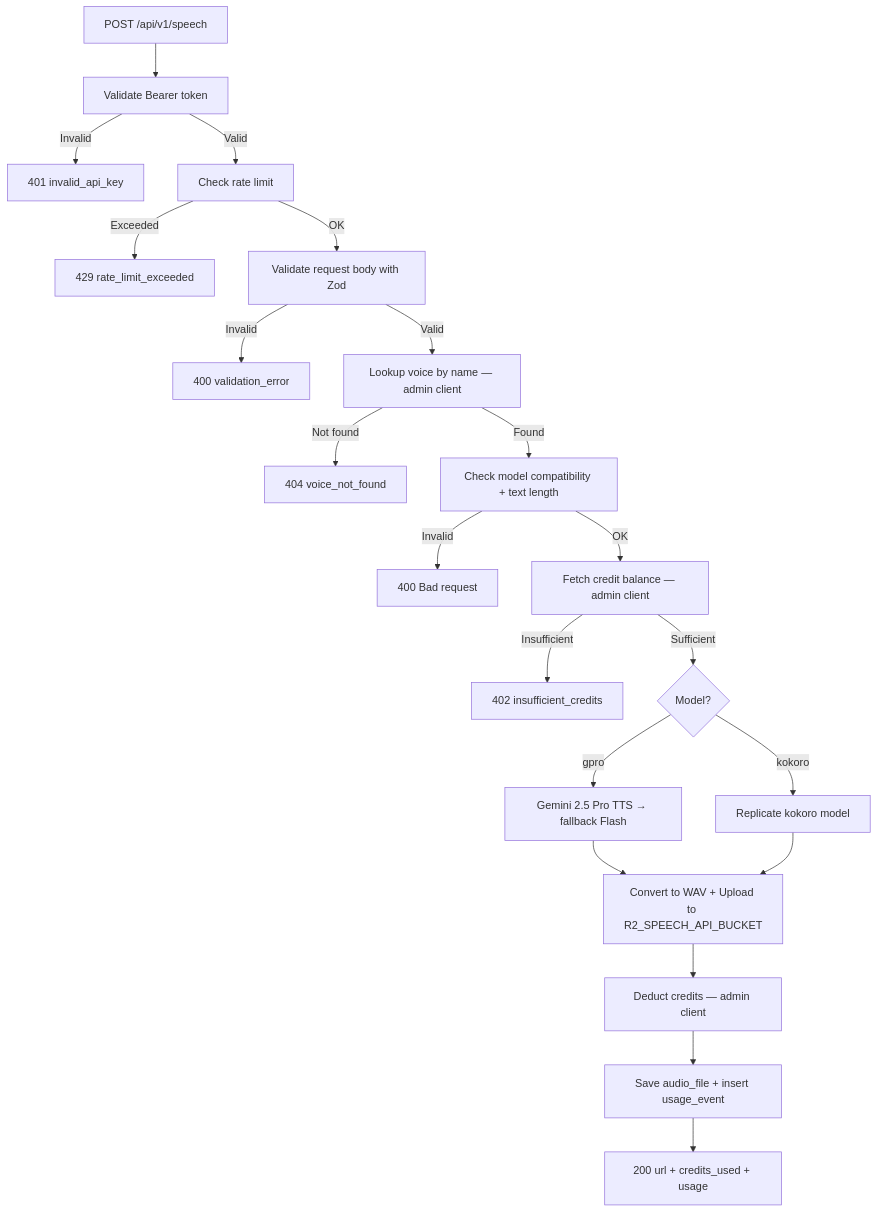
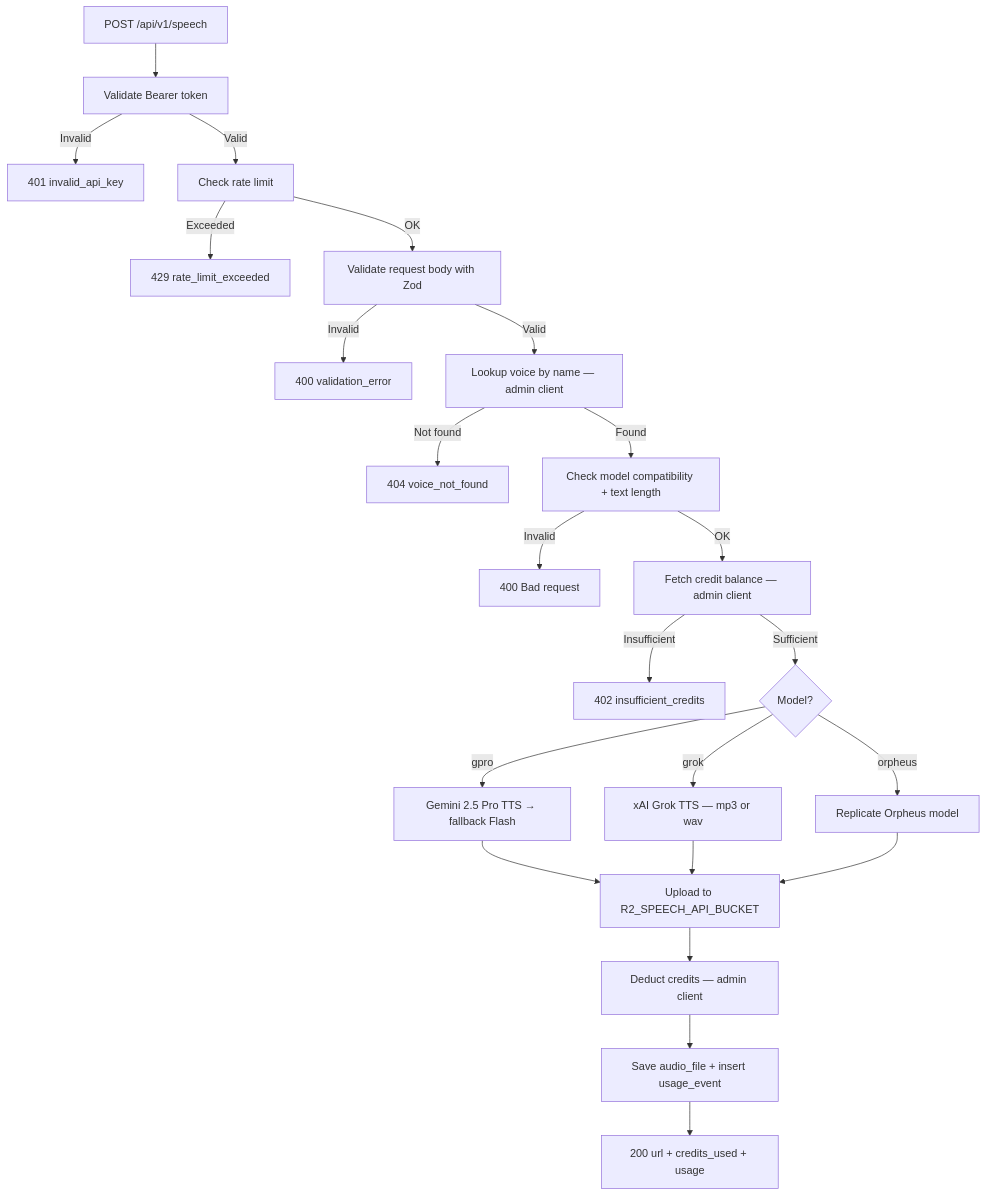
Before and after one commit to gianpaj/sexyvoice: the first of 4 diagrams in ARCHITECTURE.md, drawn with Mermaid. The commit also changed other lines of this file and 2 other files, not shown here.

First line of the commit message:
docs: update docs to reflect Grok TTS in external API

````diff
--- a/ARCHITECTURE.md
+++ b/ARCHITECTURE.md
@@ -75,23 +76,25 @@
 ```mermaid
 flowchart TD
     A[POST /api/v1/speech] --> B[Validate Bearer token]
     B -->|Invalid| Z1[401 invalid_api_key]
     B -->|Valid| C[Check rate limit]
     C -->|Exceeded| Z2[429 rate_limit_exceeded]
     C -->|OK| D[Validate request body with Zod]
     D -->|Invalid| Z3[400 validation_error]
     D -->|Valid| E[Lookup voice by name — admin client]
     E -->|Not found| Z4[404 voice_not_found]
     E -->|Found| F[Check model compatibility + text length]
     F -->|Invalid| Z5[400 Bad request]
     F -->|OK| G[Fetch credit balance — admin client]
     G -->|Insufficient| Z6[402 insufficient_credits]
     G -->|Sufficient| H{Model?}
     H -->|gpro| I[Gemini 2.5 Pro TTS → fallback Flash]
-    H -->|kokoro| J[Replicate kokoro model]
-    I --> K[Convert to WAV + Upload to R2_SPEECH_API_BUCKET]
+    H -->|grok| J2[xAI Grok TTS — mp3 or wav]
+    H -->|orpheus| J[Replicate Orpheus model]
+    I --> K[Upload to R2_SPEECH_API_BUCKET]
+    J2 --> K
     J --> K
     K --> L[Deduct credits — admin client]
     L --> M[Save audio_file + insert usage_event]
     M --> N[200 url + credits_used + usage]
 ```
````
